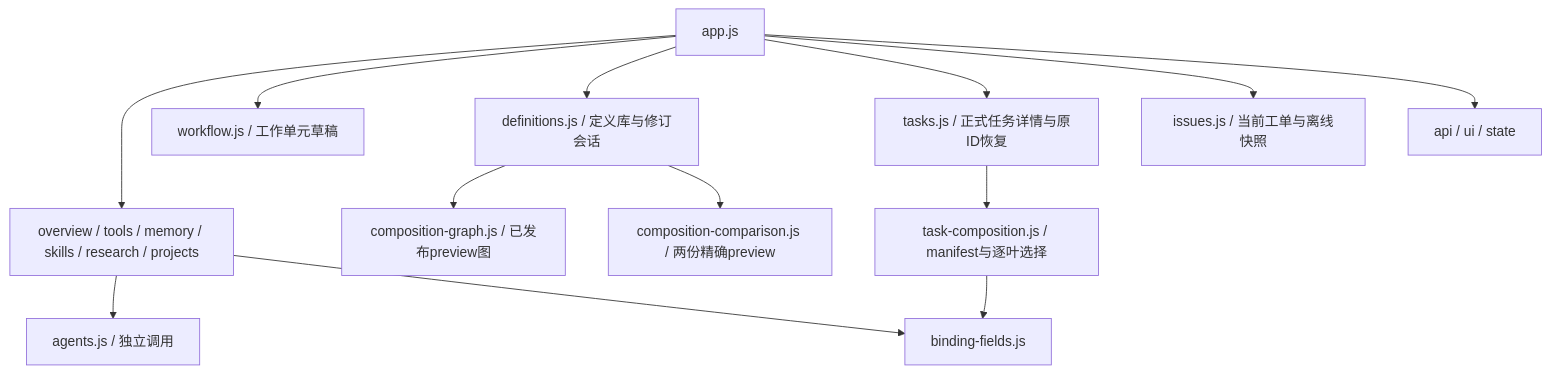
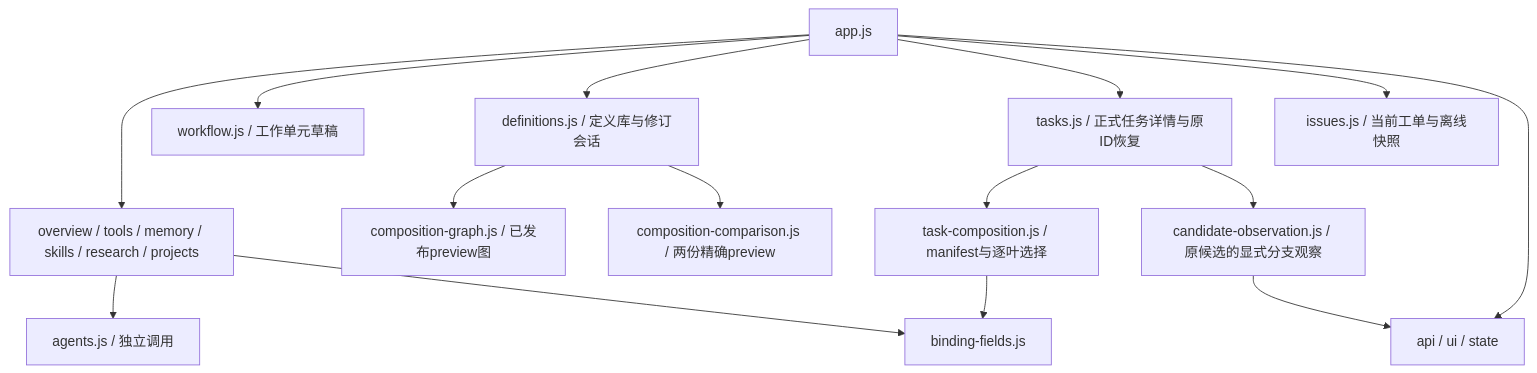
The fourth of 5 diagrams in docs/architecture/current.md (626619403/Ergora), drawn with Mermaid before and after one commit. The commit also changed other lines of this file and 19 other files, not shown here.

````diff
--- a/docs/architecture/current.md
+++ b/docs/architecture/current.md
@@ -182,15 +182,17 @@
 ```mermaid
 flowchart TB
   App[app.js] --> Views[overview / tools / memory / skills / research / projects]
   App --> Draft[workflow.js / 工作单元草稿]
   App --> Definitions[definitions.js / 定义库与修订会话]
   App --> Tasks[tasks.js / 正式任务详情与原ID恢复]
   App --> Issues[issues.js / 当前工单与离线快照]
   Views --> Agents[agents.js / 独立调用]
   Definitions --> Graph[composition-graph.js / 已发布preview图]
   Definitions --> Compare[composition-comparison.js / 两份精确preview]
   Tasks --> Selection[task-composition.js / manifest与逐叶选择]
+  Tasks --> Candidate[candidate-observation.js / 原候选的显式分支观察]
+  Candidate --> Shared
   Selection --> Fields[binding-fields.js]
   Views --> Fields
   App --> Shared[api / ui / state]
 ```
````
